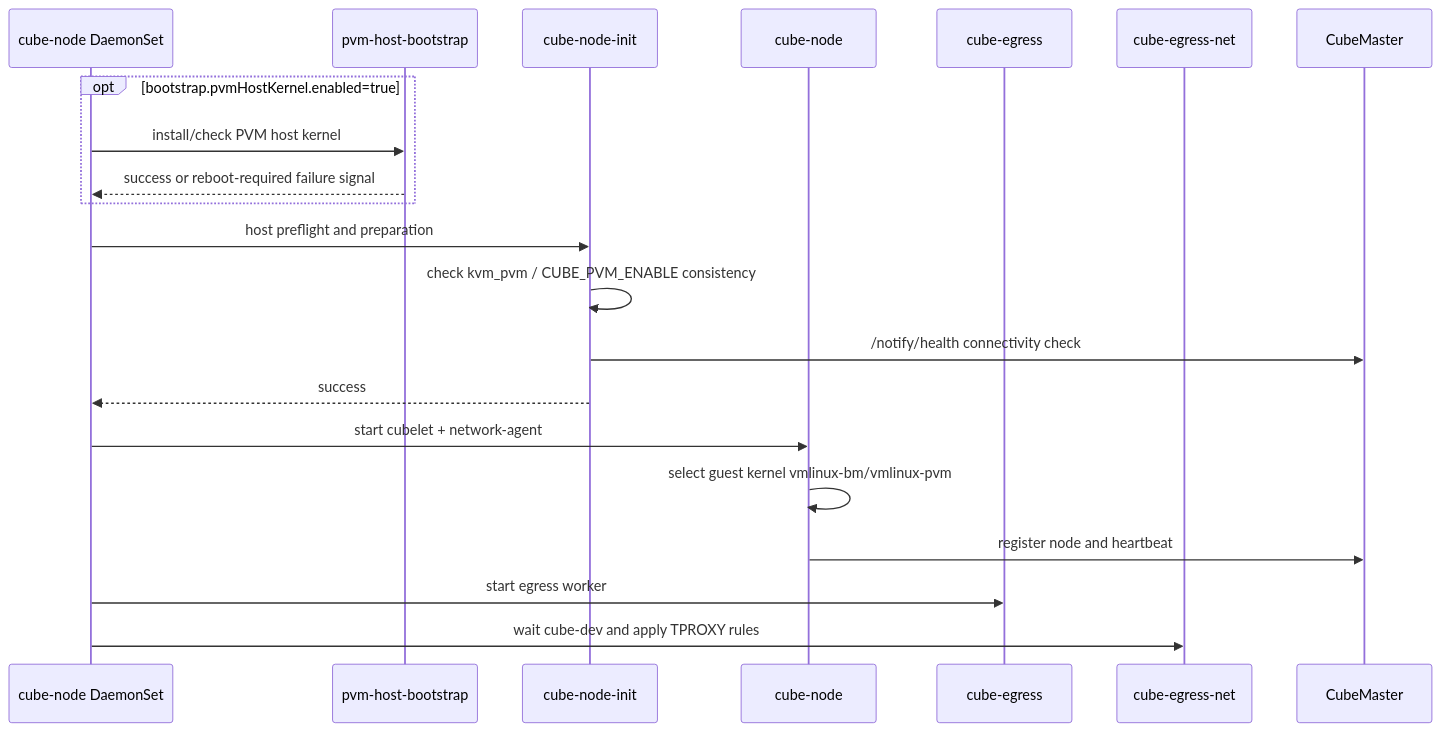
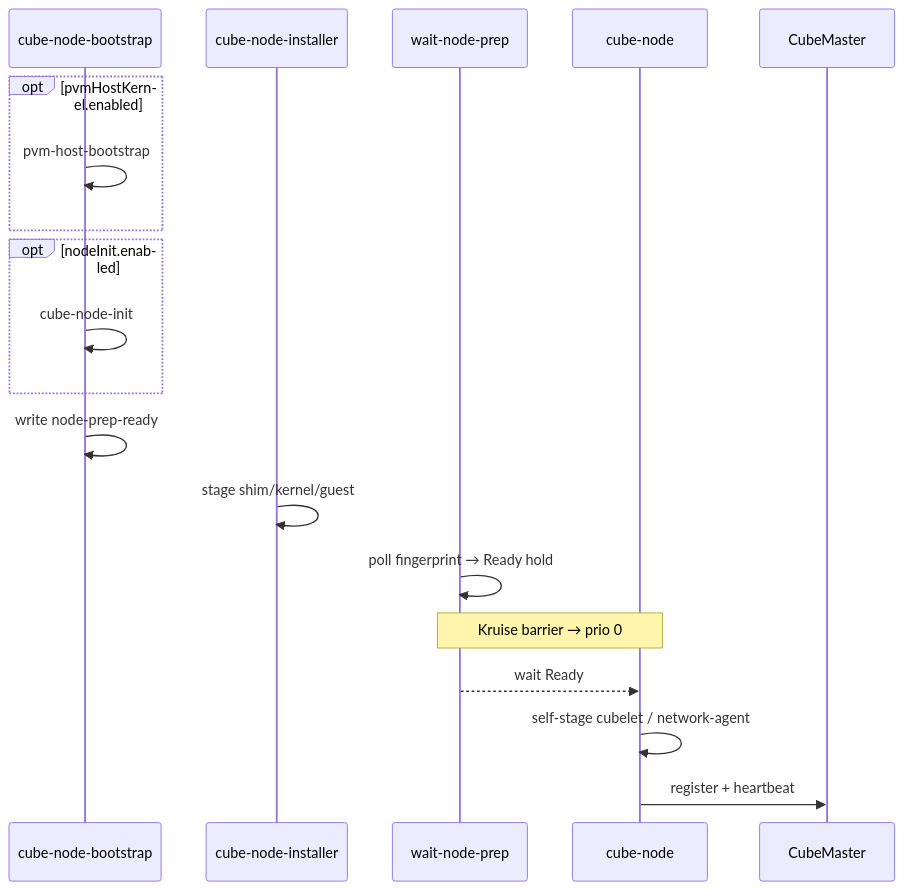
Before and after one commit to TencentCloud/CubeSandbox: the fifth of 9 diagrams in deploy/kubernetes/chart/docs/ARCHITECTURE.md, drawn with Mermaid. The commit also changed other lines of this file and 42 other files, not shown here.

First line of the commit message:
feat(kubernetes): split cube-node into bootstrap/installer/node DaemonSets, add per-component images

````diff
--- a/deploy/kubernetes/chart/docs/ARCHITECTURE.md
+++ b/deploy/kubernetes/chart/docs/ARCHITECTURE.md
@@ -237,24 +215,22 @@
 ```mermaid
 sequenceDiagram
-  participant DS as cube-node DaemonSet
-  participant PVM as pvm-host-bootstrap
-  participant INIT as cube-node-init
+  participant Boot as cube-node-bootstrap
+  participant Inst as cube-node-installer
+  participant Wait as wait-node-prep
   participant CN as cube-node
-  participant EG as cube-egress
-  participant EN as cube-egress-net
   participant CM as CubeMaster
 
-  opt bootstrap.pvmHostKernel.enabled=true
-    DS->>PVM: install/check PVM host kernel
-    PVM-->>DS: success or reboot-required failure signal
+  opt pvmHostKernel.enabled
+    Boot->>Boot: pvm-host-bootstrap
   end
-  DS->>INIT: host preflight and preparation
-  INIT->>INIT: check kvm_pvm / CUBE_PVM_ENABLE consistency
-  INIT->>CM: /notify/health connectivity check
-  INIT-->>DS: success
-  DS->>CN: start cubelet + network-agent
-  CN->>CN: select guest kernel vmlinux-bm/vmlinux-pvm
-  CN->>CM: register node and heartbeat
-  DS->>EG: start egress worker
-  DS->>EN: wait cube-dev and apply TPROXY rules
+  opt nodeInit.enabled
+    Boot->>Boot: cube-node-init
+  end
+  Boot->>Boot: write node-prep-ready
+  Inst->>Inst: stage shim/kernel/guest
+  Wait->>Wait: poll fingerprint → Ready hold
+  Note over Wait,CN: Kruise barrier → prio 0
+  Wait-->>CN: wait Ready
+  CN->>CN: self-stage cubelet / network-agent
+  CN->>CM: register + heartbeat
 ```
````
